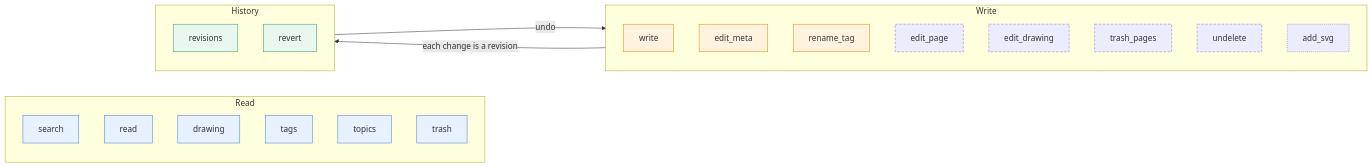
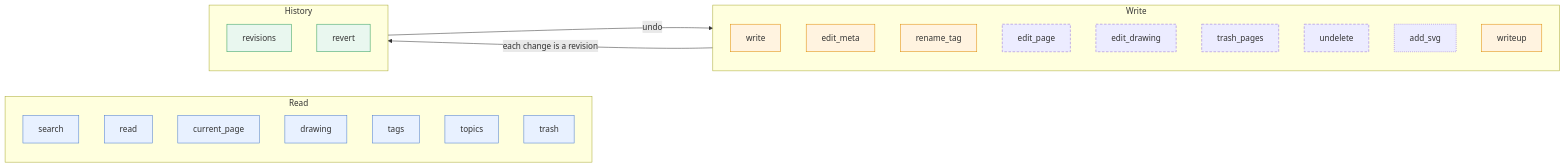
The diagram in docs/reference/mcp.md (gilesknap/scrap), drawn with Mermaid before and after one commit. The commit also changed other lines of this file and 15 other files, not shown here.

First line of the commit message:
docs: reference and architecture match the code and the Litestream layout

````diff
--- a/docs/reference/mcp.md
+++ b/docs/reference/mcp.md
@@ -31,33 +34,35 @@
 ```mermaid
 flowchart LR
     classDef read fill:#e8f1ff,stroke:#4a7bd0
     classDef claude fill:#fff3e0,stroke:#e08a00
     classDef user fill:#e9f7ef,stroke:#2e9d5b
     classDef opt stroke-dasharray: 5 3
     classDef upload stroke-dasharray: 2 2
 
     subgraph R["Read"]
         search:::read
         read:::read
+        current_page:::read
         drawing:::read
         tags:::read
         topics:::read
         trash:::read
     end
     subgraph W["Write"]
         write:::claude
         edit_meta:::claude
         rename_tag:::claude
         edit_page:::opt
         edit_drawing:::opt
         trash_pages:::opt
         undelete:::opt
         add_svg:::upload
+        writeup:::claude
     end
     subgraph H["History"]
         revisions:::user
         revert:::user
     end
     W -->|"each change is a revision"| H
     H -->|"undo"| W
 ```
````
